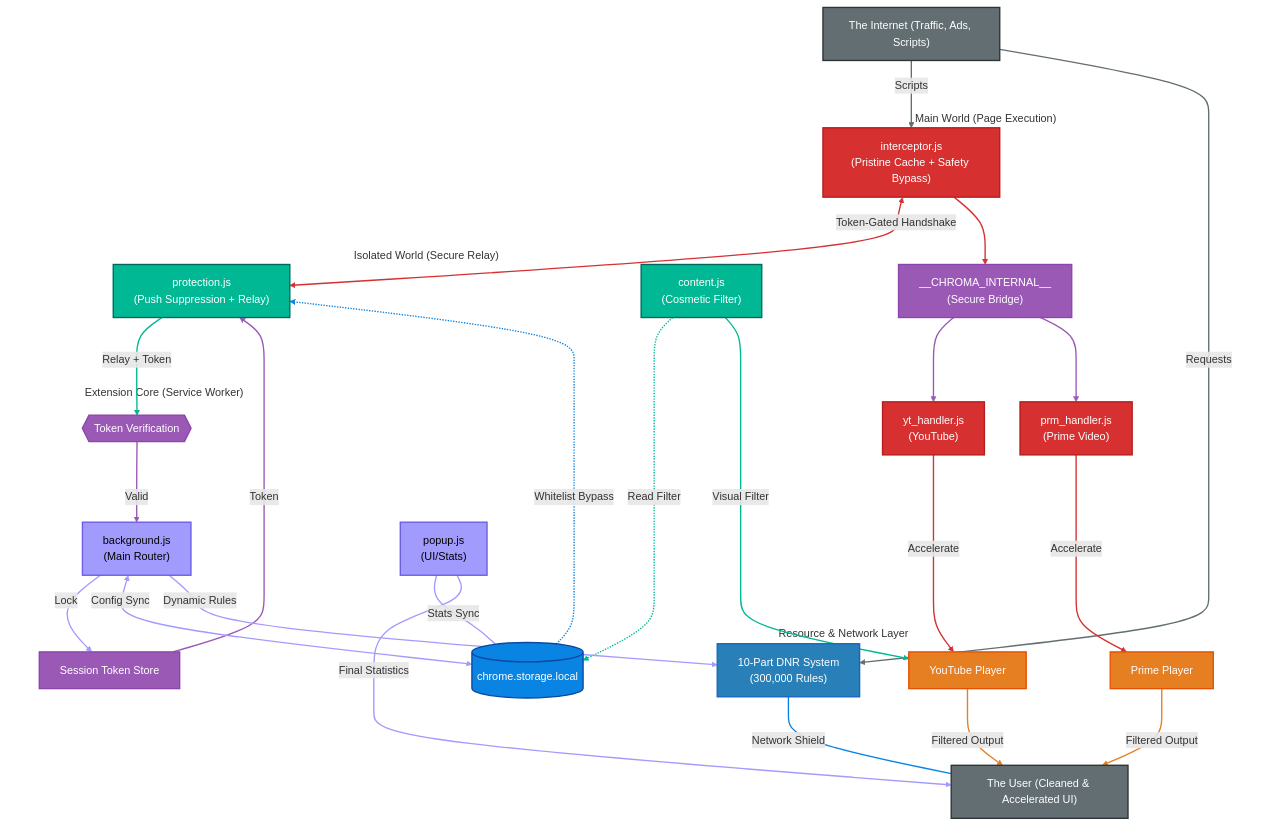
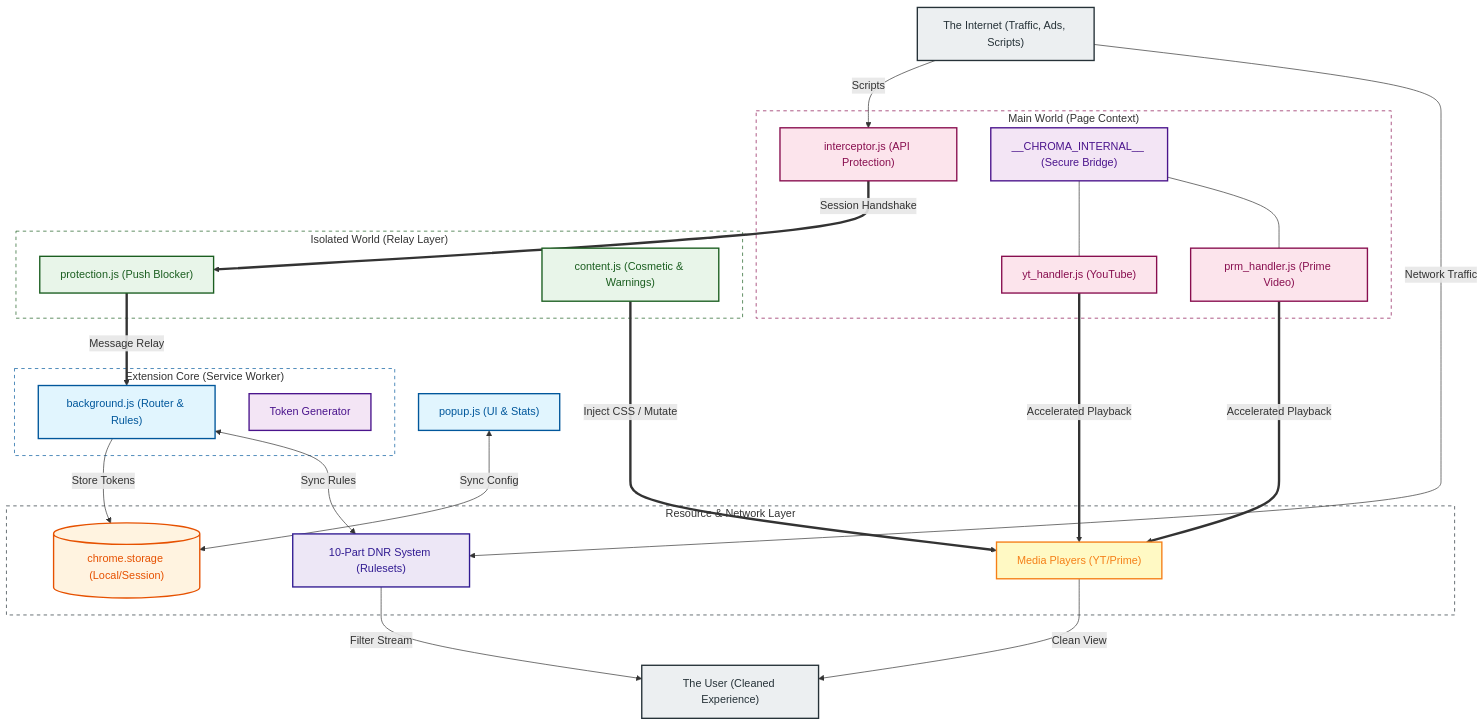
One commit to Dabrogost/Chroma-Ad-Blocker changed the diagram in README.md. Above: the diagram before and after it, drawn with Mermaid. The commit also changed other lines of this file and 2 other files, not shown here.

````diff
--- a/README.md
+++ b/README.md
@@ -20,111 +21,71 @@
 ```mermaid
 graph TD
-    classDef sw fill:#a29bfe,color:#000,stroke:#6c5ce7,stroke-width:2px
-    classDef storage fill:#0984e3,color:#fff,stroke:#0d47a1,stroke-width:2px
-    classDef isolated fill:#00b894,color:#fff,stroke:#00695c,stroke-width:2px
-    classDef main fill:#d63031,color:#fff,stroke:#b71c1c,stroke-width:2px
-    classDef dnr fill:#2980b9,color:#fff,stroke:#1565c0,stroke-width:2px
-    classDef dom fill:#e67e22,color:#fff,stroke:#e65100,stroke-width:2px
-    classDef secure fill:#9b59b6,color:#fff,stroke:#8e44ad,stroke-width:2px
-    classDef actor fill:#636e72,color:#fff,stroke:#2d3436,stroke-width:2px
+    classDef sw fill:#e1f5fe,color:#01579b,stroke:#01579b,stroke-width:2px
+    classDef storage fill:#fff3e0,color:#e65100,stroke:#e65100,stroke-width:2px
+    classDef isolated fill:#e8f5e9,color:#1b5e20,stroke:#1b5e20,stroke-width:2px
+    classDef main fill:#fce4ec,color:#880e4f,stroke:#880e4f,stroke-width:2px
+    classDef dnr fill:#ede7f6,color:#311b92,stroke:#311b92,stroke-width:2px
+    classDef dom fill:#fff9c4,color:#f57f17,stroke:#f57f17,stroke-width:2px
+    classDef secure fill:#f3e5f5,color:#4a148c,stroke:#4a148c,stroke-width:2px
+    classDef actor fill:#eceff1,color:#263238,stroke:#263238,stroke-width:2px
 
     %% --- LAYER 0: ENTRANCE ---
     INTERNET["The Internet (Traffic, Ads, Scripts)"]:::actor
 
-    %% --- LAYER 1: MAIN WORLD ---
-    subgraph MW["Main World (Page Execution)"]
-        MW_INT["interceptor.js<br/>(Pristine Cache + Safety Bypass)"]:::main
-        BRIDGE["__CHROMA_INTERNAL__<br/>(Secure Bridge)"]:::secure
-        CS_YT["yt_handler.js<br/>(YouTube)"]:::main
-        CS_PV["prm_handler.js<br/>(Prime Video)"]:::main
+    %% --- LAYER 1: MAIN WORLD (Execution Context) ---
+    subgraph MW["Main World (Page Context)"]
+        INTERCEPT["interceptor.js (API Protection)"]:::main
+        YT_H["yt_handler.js (YouTube)"]:::main
+        PRM_H["prm_handler.js (Prime Video)"]:::main
+        BRIDGE["__CHROMA_INTERNAL__ (Secure Bridge)"]:::secure
     end
 
-    %% --- LAYER 2: ISOLATED WORLD ---
-    subgraph IW["Isolated World (Secure Relay)"]
-        CS_PROT["protection.js<br/>(Push Suppression + Relay)"]:::isolated
-        CS_GEN["content.js<br/>(Cosmetic Filter)"]:::isolated
+    %% --- LAYER 2: ISOLATED WORLD (Extension Context) ---
+    subgraph IW["Isolated World (Relay Layer)"]
+        PROT["protection.js (Push Blocker)"]:::isolated
+        CONT["content.js (Cosmetic & Warnings)"]:::isolated
     end
 
     %% --- LAYER 3: SERVICE WORKER CORE ---
     subgraph SW["Extension Core (Service Worker)"]
-        VERIFY{{"Token Verification"}}:::secure
-        BS["background.js<br/>(Main Router)"]:::sw
-        AUTH["Session Token Store"]:::secure
+        BG["background.js (Router & Rules)"]:::sw
+        TOKEN_G["Token Generator"]:::secure
     end
 
     %% --- LAYER 4: INFRASTRUCTURE ---
     subgraph System["Resource & Network Layer"]
-        STORAGE[("chrome.storage.local")]:::storage
-        DNR["10-Part DNR System<br/>(300,000 Rules)"]:::dnr
-        YT_DOM["YouTube Player"]:::dom
-        PV_DOM["Prime Player"]:::dom
+        STORAGE[("chrome.storage (Local/Session)")]:::storage
+        DNR["10-Part DNR System (Rulesets)"]:::dnr
+        PLAYER["Media Players (YT/Prime)"]:::dom
     end
 
-    %% --- LAYER 5: UI & OUTPUT ---
-    POPUP["popup.js<br/>(UI/Stats)"]:::sw
-    USER["The User (Cleaned & Accelerated UI)"]:::actor
+    %% --- LAYER 5: UI ---
+    POPUP["popup.js (UI & Stats)"]:::sw
+    USER["The User (Cleaned Experience)"]:::actor
 
-    %% --- PIPELINE DEFINITION (0-21) ---
+    %% --- PIPELINE FLOW ---
+    INTERNET -- "Scripts" --> INTERCEPT
+    INTERNET -- "Network Traffic" --> DNR
     
-    %% INTERNET (Grey: 0, 1)
-    INTERNET -- "Scripts" --> MW_INT
-    INTERNET -- "Requests" --> DNR
+    INTERCEPT ==>|"Session Handshake"| PROT
+    PROT ==>|"Message Relay"| BG
+    BG -- "Store Tokens" --> STORAGE
+    
+    BRIDGE --- YT_H
+    BRIDGE --- PRM_H
+    YT_H ==>|"Accelerated Playback"| PLAYER
+    PRM_H ==>|"Accelerated Playback"| PLAYER
+    
+    CONT ==>|"Inject CSS / Mutate"| PLAYER
+    DNR -- "Filter Stream" --> USER
+    PLAYER -- "Clean View" --> USER
+    
+    POPUP <-->|"Sync Config"| STORAGE
+    BG <-->|"Sync Rules"| DNR
 
-    %% MAIN WORLD (Red: 2, 3, 4, 5)
-    MW_INT <==>|"Token-Gated Handshake"| CS_PROT
-    MW_INT --> BRIDGE
-    CS_YT ==>|"Accelerate"| YT_DOM
-    CS_PV ==>|"Accelerate"| PV_DOM
-
-    %% SECURE (Purple: 6, 7, 8, 9)
-    BRIDGE --> CS_YT
-    BRIDGE --> CS_PV
-    VERIFY -- "Valid" --> BS
-    AUTH -- "Token" --> CS_PROT
-
-    %% ISOLATED WORLD (Green: 10, 11, 12)
-    CS_PROT -- "Relay + Token" --> VERIFY
-    CS_GEN -.->|"Read Filter"| STORAGE
-    CS_GEN ==>|"Visual Filter"| YT_DOM
-
-    %% SERVICE WORKER CORE (Lavender: 13, 14, 15)
-    BS -- "Lock" --> AUTH
-    BS <-->|"Config Sync"| STORAGE
-    BS -- "Dynamic Rules" --> DNR
-
-    %% STORAGE (Blue: 16)
-    STORAGE -.->|"Whitelist Bypass"| CS_PROT
-    
-    %% DNR (Blue: 17)
-    DNR ---|"Network Shield"| USER
-
-    %% PLAYERS (Orange: 18, 19)
-    YT_DOM -- "Filtered Output" --> USER
-    PV_DOM -- "Filtered Output" --> USER
-
-    %% POPUP (Lavender: 20, 21)
-    POPUP ---|"Stats Sync"| STORAGE
-    POPUP -- "Final Statistics" --> USER
-
-    %% --- LOGIC TRACING (LINK STYLES) ---
-    %% Internet/User Origin: Grey
-    linkStyle 0,1 stroke:#636e72,stroke-width:2px;
-    %% Main World Origin: Red
-    linkStyle 2,3,4,5 stroke:#d63031,stroke-width:2px;
-    %% Secure Layer Origin: Purple
-    linkStyle 6,7,8,9 stroke:#9b59b6,stroke-width:2px;
-    %% Isolated World Origin: Green
-    linkStyle 10,11,12 stroke:#00b894,stroke-width:2px;
-    %% SW Core Origin: Lavender
-    linkStyle 13,14,15,20,21 stroke:#a29bfe,stroke-width:2px;
-    %% System / Storage Origin: Blue
-    linkStyle 16,17 stroke:#0984e3,stroke-width:2px;
-    %% DOM Player Origin: Orange
-    linkStyle 18,19 stroke:#e67e22,stroke-width:2px;
-
-    %% --- HIDE SUBGRAPH BOXES ---
-    style MW fill:none,stroke:none
-    style IW fill:none,stroke:none
-    style SW fill:none,stroke:none
-    style System fill:none,stroke:none
+    %% Style Tweaks
+    style MW fill:none,stroke:#880e4f,stroke-dasharray: 5 5
+    style IW fill:none,stroke:#1b5e20,stroke-dasharray: 5 5
+    style SW fill:none,stroke:#01579b,stroke-dasharray: 5 5
+    style System fill:none,stroke:#263238,stroke-dasharray: 5 5
 ```
````
